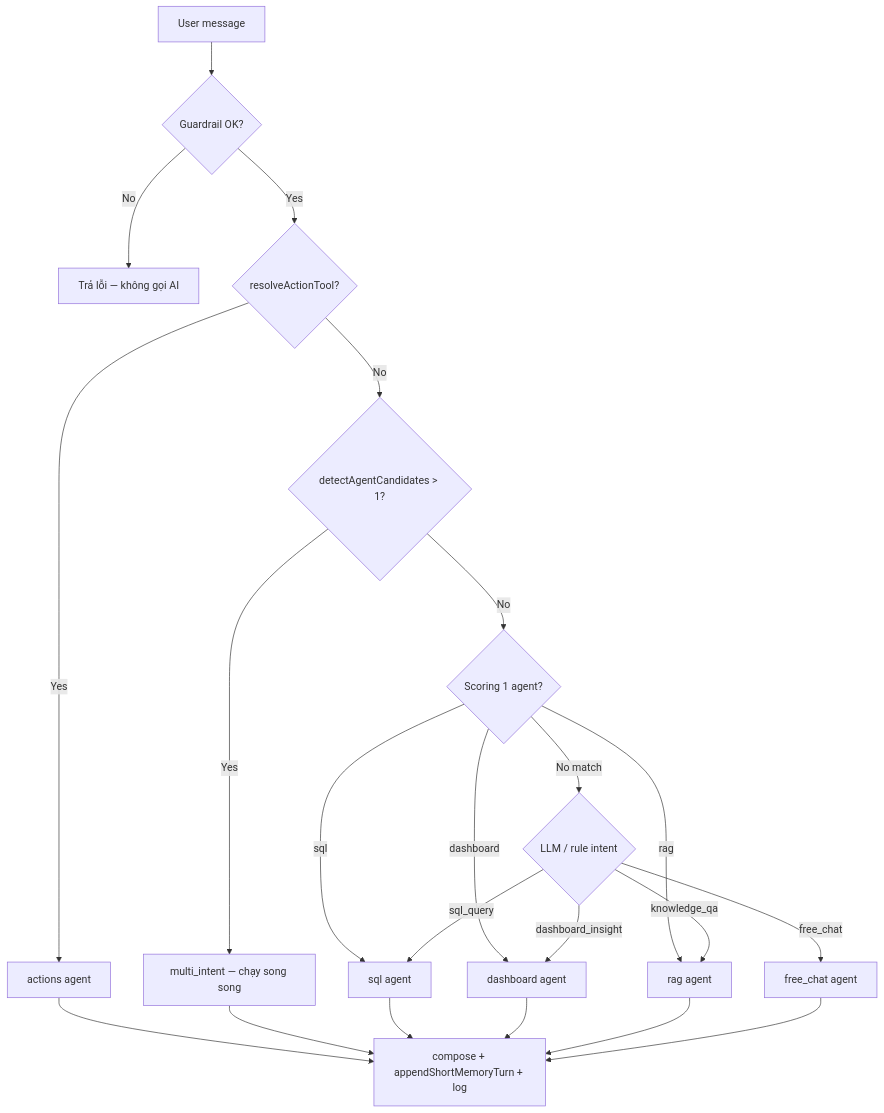
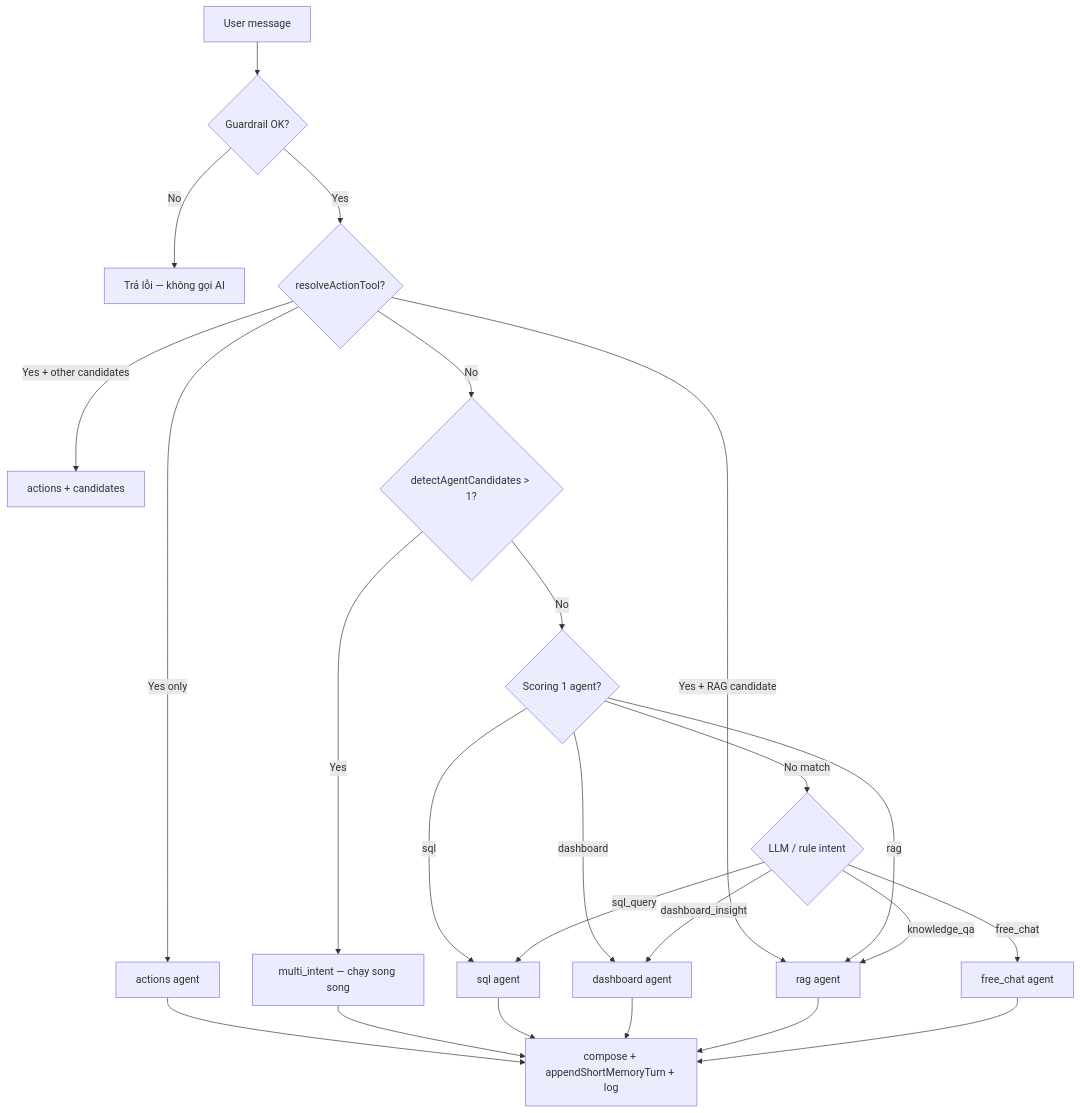
Before and after one commit to Th4nh2603/NewDashboardYomedia: the eighth of 9 diagrams in docs/chat-agent-flow.md, drawn with Mermaid. The commit also changed other lines of this file and 98 other files, not shown here.

````diff
--- a/docs/chat-agent-flow.md
+++ b/docs/chat-agent-flow.md
@@ -259,25 +518,27 @@
 ```mermaid
 flowchart TD
   Q[User message]
   Q --> G{Guardrail OK?}
   G -->|No| E[Trả lỗi — không gọi AI]
   G -->|Yes| T{resolveActionTool?}
-  T -->|Yes| ACT[actions agent]
+  T -->|Yes + RAG candidate| RAG[rag agent — ưu tiên QA]
+  T -->|Yes + other candidates| MULTI2[actions + candidates]
+  T -->|Yes only| ACT[actions agent]
   T -->|No| MC{detectAgentCandidates > 1?}
   MC -->|Yes| MULTI[multi_intent — chạy song song]
   MC -->|No| SC{Scoring 1 agent?}
   SC -->|sql| SQL[sql agent]
   SC -->|dashboard| DASH[dashboard agent]
   SC -->|rag| RAG[rag agent]
   SC -->|No match| I{LLM / rule intent}
   I -->|knowledge_qa| RAG
   I -->|sql_query| SQL
   I -->|dashboard_insight| DASH
   I -->|free_chat| CHAT[free_chat agent]
   ACT --> MEM[compose + appendShortMemoryTurn + log]
   MULTI --> MEM
   SQL --> MEM
   DASH --> MEM
   RAG --> MEM
   CHAT --> MEM
 ```
````
